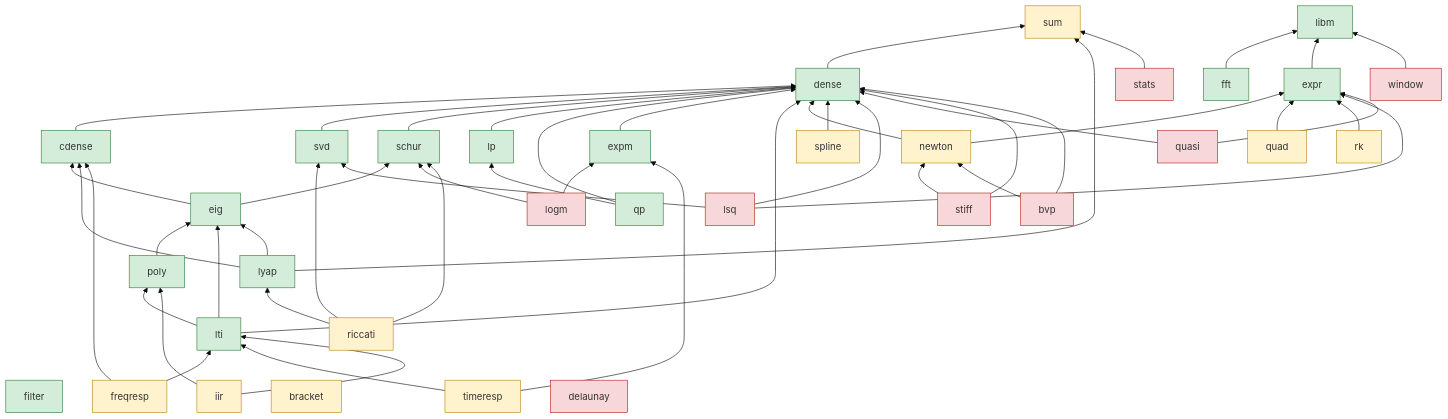
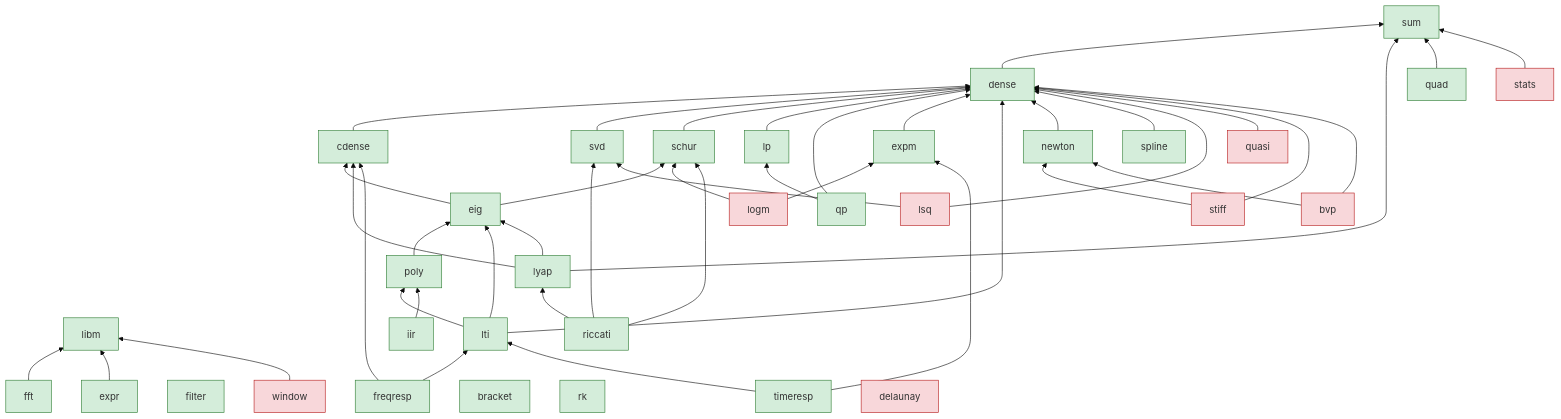
One commit to yuanqingfei/aeoi changed the diagram in roadmap/deps.mmd. Above: the diagram before and after it, drawn with Mermaid (base theme). The commit also changed 17 other files, not shown here.

First line of the commit message:
v0.4.17-draft: kernels freqresp, timeresp, iir; all 10 extractions done

```diff
--- a/roadmap/deps.mmd
+++ b/roadmap/deps.mmd
@@ -1,83 +1,78 @@
 graph BT
   libm["libm"]:::done
-  sum["sum"]:::extract
+  sum["sum"]:::done
   dense["dense"]:::done
   dense --> sum
   cdense["cdense"]:::done
   cdense --> dense
   svd["svd"]:::done
   svd --> dense
   schur["schur"]:::done
   schur --> dense
   eig["eig"]:::done
   eig --> schur
   eig --> cdense
   fft["fft"]:::done
   fft --> libm
   expr["expr"]:::done
   expr --> libm
   poly["poly"]:::done
   poly --> eig
   filter["filter"]:::done
   lp["lp"]:::done
   lp --> dense
   qp["qp"]:::done
   qp --> lp
   qp --> dense
   expm["expm"]:::done
   expm --> dense
   logm["logm"]:::new
   logm --> schur
   logm --> expm
   lti["lti"]:::done
   lti --> poly
   lti --> eig
   lti --> dense
   lyap["lyap"]:::done
   lyap --> eig
   lyap --> cdense
   lyap --> sum
-  riccati["riccati"]:::extract
+  riccati["riccati"]:::done
   riccati --> schur
   riccati --> svd
   riccati --> lyap
-  freqresp["freqresp"]:::extract
+  freqresp["freqresp"]:::done
   freqresp --> lti
   freqresp --> cdense
-  timeresp["timeresp"]:::extract
+  timeresp["timeresp"]:::done
   timeresp --> lti
   timeresp --> expm
-  bracket["bracket"]:::extract
-  newton["newton"]:::extract
+  bracket["bracket"]:::done
+  newton["newton"]:::done
   newton --> dense
-  newton --> expr
-  quad["quad"]:::extract
-  quad --> expr
-  rk["rk"]:::extract
-  rk --> expr
-  spline["spline"]:::extract
+  quad["quad"]:::done
+  quad --> sum
+  rk["rk"]:::done
+  spline["spline"]:::done
   spline --> dense
-  iir["iir"]:::extract
+  iir["iir"]:::done
   iir --> poly
-  iir --> lti
   lsq["lsq"]:::new
   lsq --> dense
   lsq --> svd
-  lsq --> expr
   quasi["quasi"]:::new
   quasi --> dense
-  quasi --> expr
   stiff["stiff"]:::new
   stiff --> newton
   stiff --> dense
   bvp["bvp"]:::new
   bvp --> newton
   bvp --> dense
   window["window"]:::new
   window --> libm
   stats["stats"]:::new
   stats --> sum
   delaunay["delaunay"]:::new
   classDef done fill:#d4edda,stroke:#2e7d32
   classDef extract fill:#fff3cd,stroke:#b8860b
   classDef new fill:#f8d7da,stroke:#b71c1c
```
